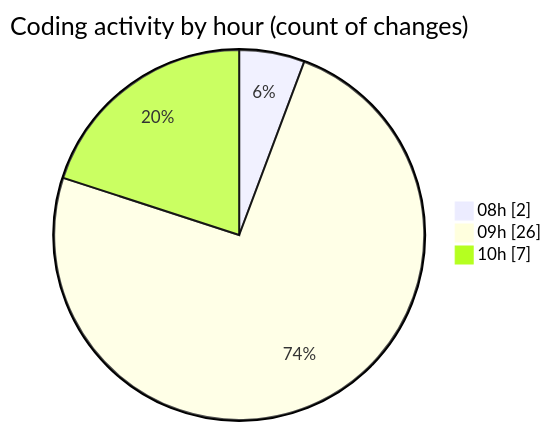
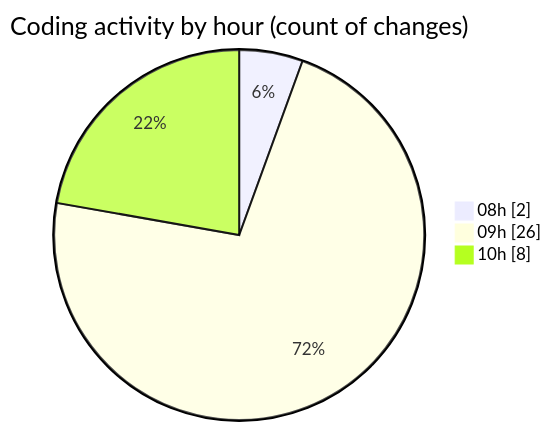
Before and after one commit to Elitesun/code-tracking: the second of 2 diagrams in 2025-05-20/niten/README.md, drawn with Mermaid. The commit also changed other lines of this file and 1 other file, not shown here.

````diff
--- a/2025-05-20/niten/README.md
+++ b/2025-05-20/niten/README.md
@@ -41,7 +43,7 @@
 ```mermaid
 pie showData
 title Coding activity by hour (count of changes)
 "08h" : 2
 "09h" : 26
-"10h" : 7
+"10h" : 8
 ```
````
